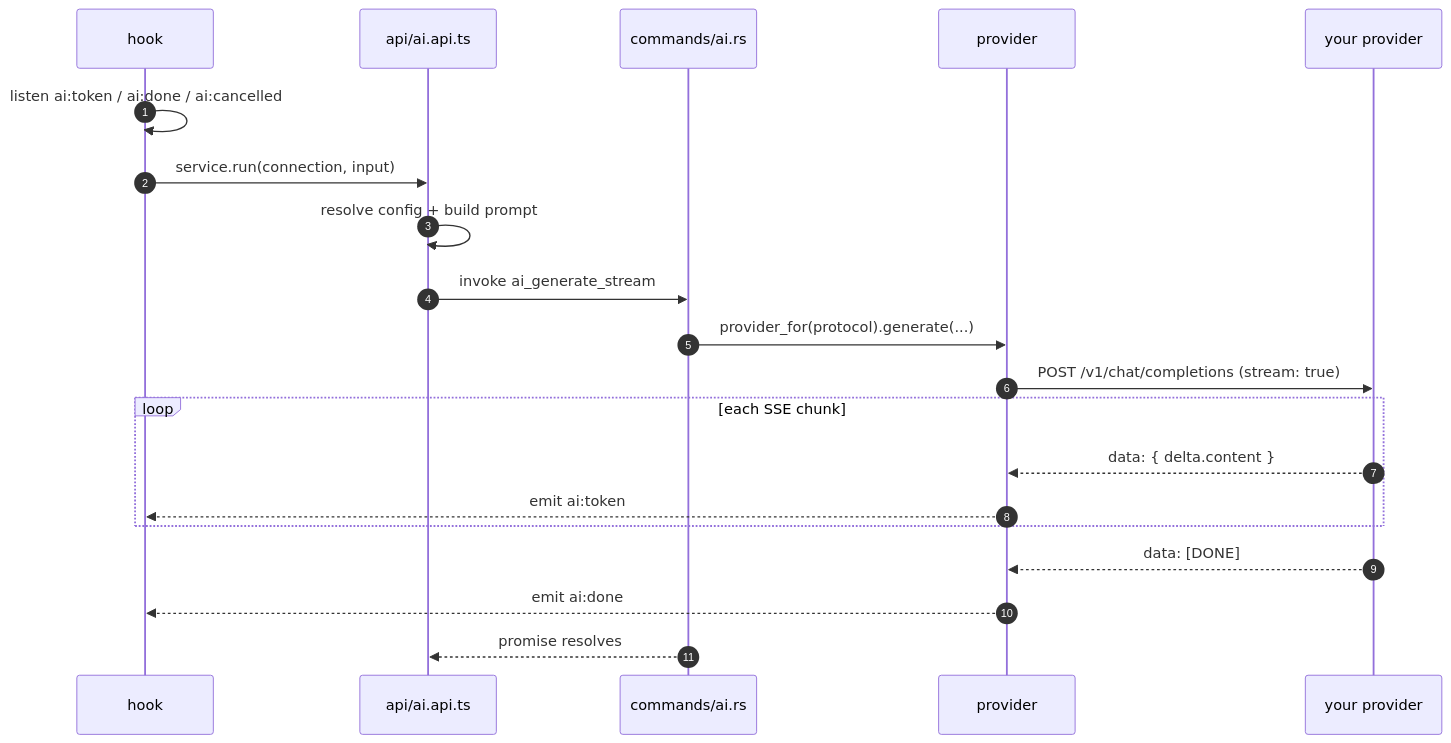
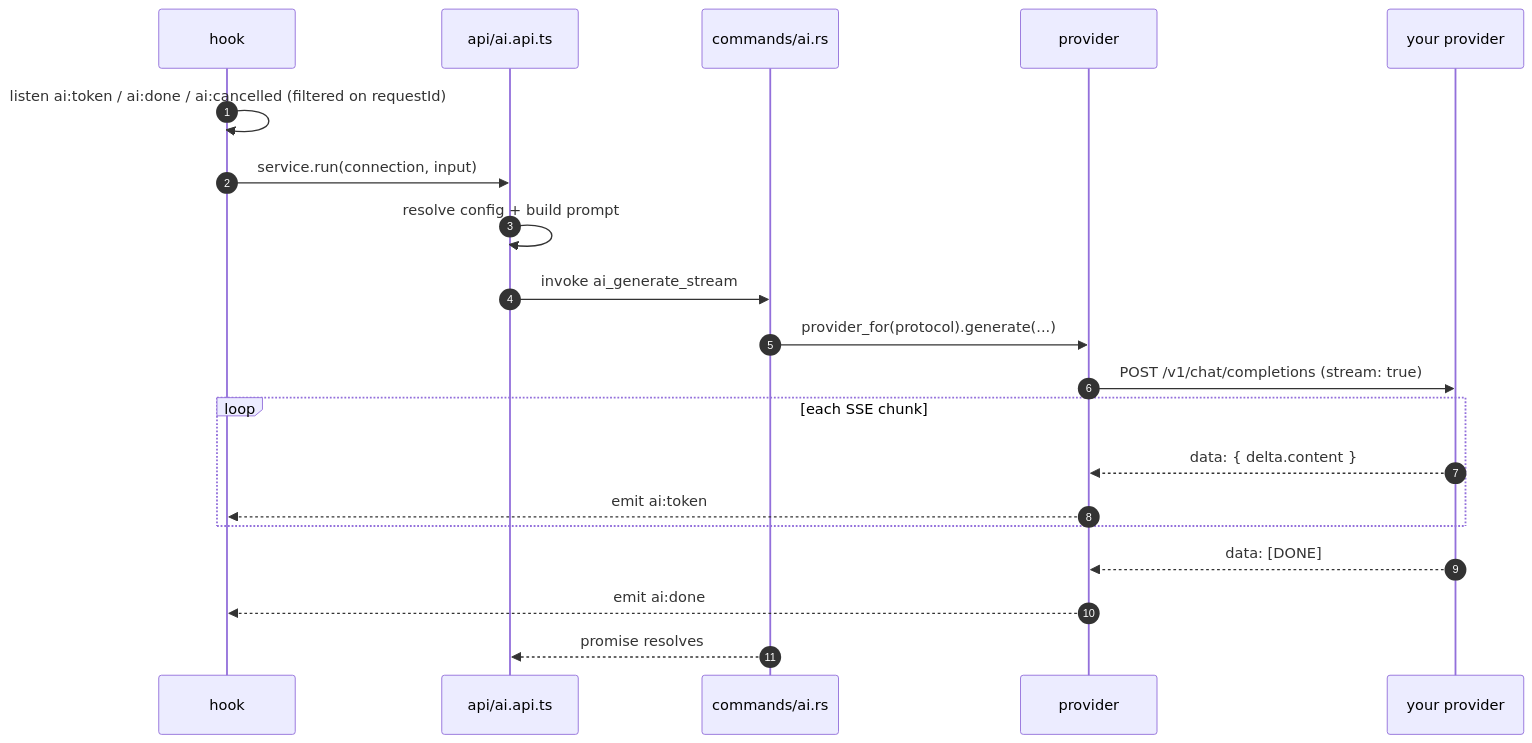
One commit to Tlahey/git-manager changed the second of 2 diagrams in docs/ai/README.md. Above: the diagram before and after it, drawn with Mermaid. The commit also changed other lines of this file and 59 other files, not shown here.

````diff
--- a/docs/ai/README.md
+++ b/docs/ai/README.md
@@ -142,23 +142,23 @@
 ```mermaid
 sequenceDiagram
     autonumber
     participant H as hook
     participant A as api/ai.api.ts
     participant C as commands/ai.rs
     participant P as provider
     participant L as your provider
 
-    H->>H: listen ai:token / ai:done / ai:cancelled
+    H->>H: listen ai:token / ai:done / ai:cancelled (filtered on requestId)
     H->>A: service.run(connection, input)
     A->>A: resolve config + build prompt
     A->>C: invoke ai_generate_stream
     C->>P: provider_for(protocol).generate(...)
     P->>L: POST /v1/chat/completions (stream: true)
     loop each SSE chunk
         L-->>P: data: { delta.content }
         P-->>H: emit ai:token
     end
     L-->>P: data: [DONE]
     P-->>H: emit ai:done
     C-->>A: promise resolves
 ```
````
